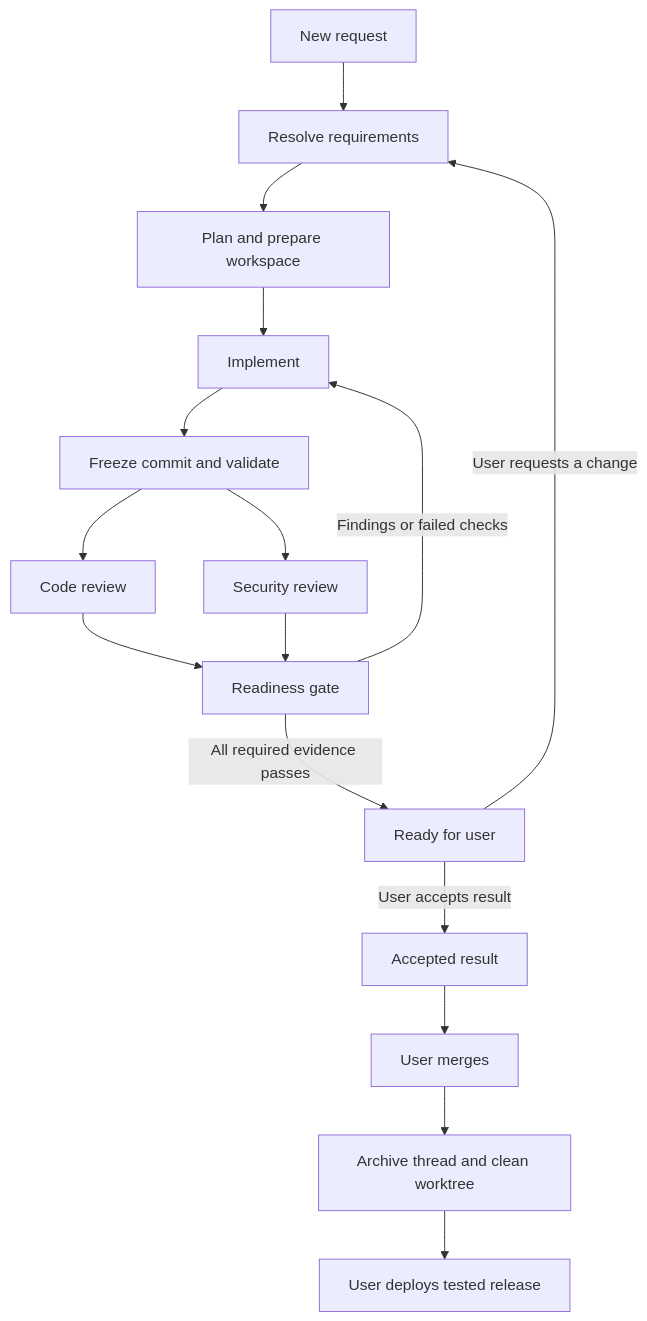
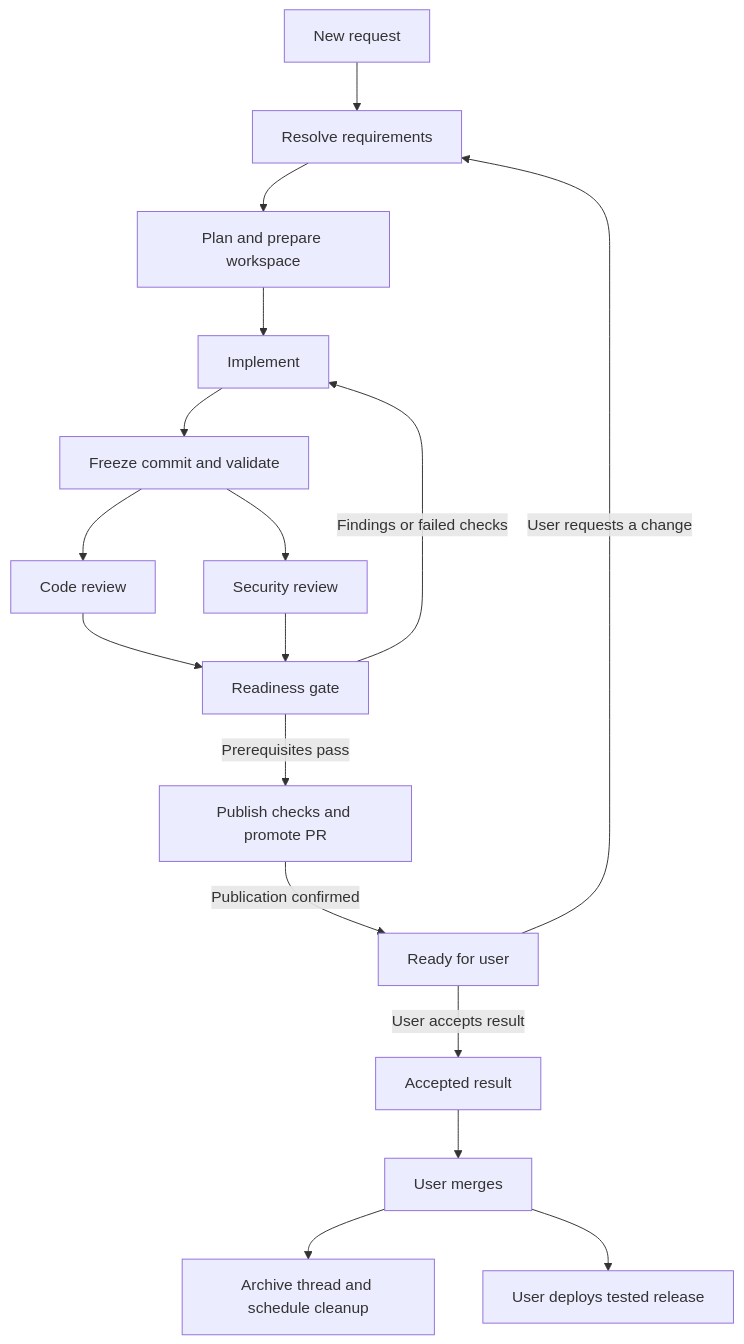
One commit to GordonCopestake/Slice changed the second of 2 diagrams in docs/build-spec.md. Above: the diagram before and after it, drawn with Mermaid. The commit also changed other lines of this file, not shown here.

````diff
--- a/docs/build-spec.md
+++ b/docs/build-spec.md
@@ -315,18 +339,19 @@
 ```mermaid
 flowchart TD
   N["New request"] --> Q["Resolve requirements"]
   Q --> P["Plan and prepare workspace"]
   P --> I["Implement"]
   I --> F["Freeze commit and validate"]
   F --> C["Code review"]
   F --> S["Security review"]
   C --> G["Readiness gate"]
   S --> G
   G -->|"Findings or failed checks"| I
-  G -->|"All required evidence passes"| R["Ready for user"]
+  G -->|"Prerequisites pass"| H["Publish checks and promote PR"]
+  H -->|"Publication confirmed"| R["Ready for user"]
   R -->|"User requests a change"| Q
   R -->|"User accepts result"| U["Accepted result"]
   U --> M["User merges"]
-  M --> A["Archive thread and clean worktree"]
-  A --> D["User deploys tested release"]
+  M --> A["Archive thread and schedule cleanup"]
+  M --> D["User deploys tested release"]
 ```
````
